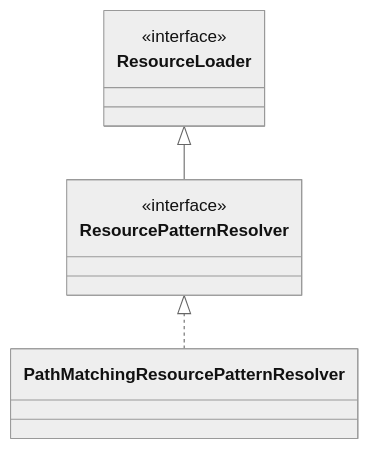
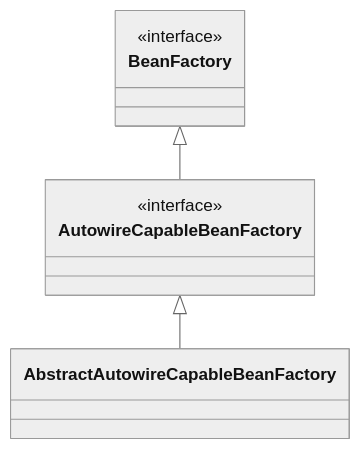
One commit to xuchengsheng/spring-reading changed the diagram in spring-factory/spring-factory-autowireCapableBeanFactory/README.md. Above: the diagram before and after it, drawn with Mermaid (neutral theme).

Commit message:
AutowireCapableBeanFactory接口源码分析

```diff
--- a/spring-factory/spring-factory-autowireCapableBeanFactory/README.md
+++ b/spring-factory/spring-factory-autowireCapableBeanFactory/README.md
@@ -372,18 +372,18 @@
 ~~~mermaid
 classDiagram
     direction BT
-    class ResourceLoader {
+    class BeanFactory {
     	<<interface>>
     }
 
-    class ResourcePatternResolver {
+    class AutowireCapableBeanFactory {
     	<<interface>>
     }
 
-    class PathMatchingResourcePatternResolver {
+    class AbstractAutowireCapableBeanFactory {
     }
 
-    ResourcePatternResolver --|> ResourceLoader
-    PathMatchingResourcePatternResolver ..|> ResourcePatternResolver
+    AutowireCapableBeanFactory --|> BeanFactory
+    AbstractAutowireCapableBeanFactory --|> AutowireCapableBeanFactory
 
 ~~~
```
